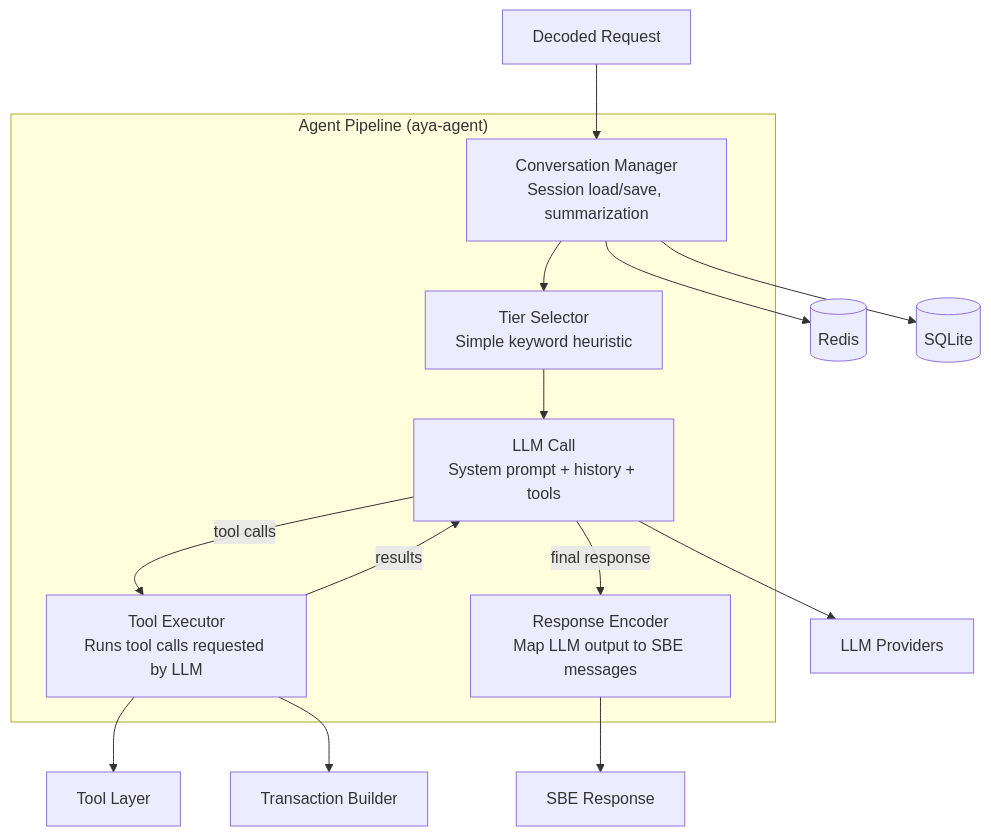
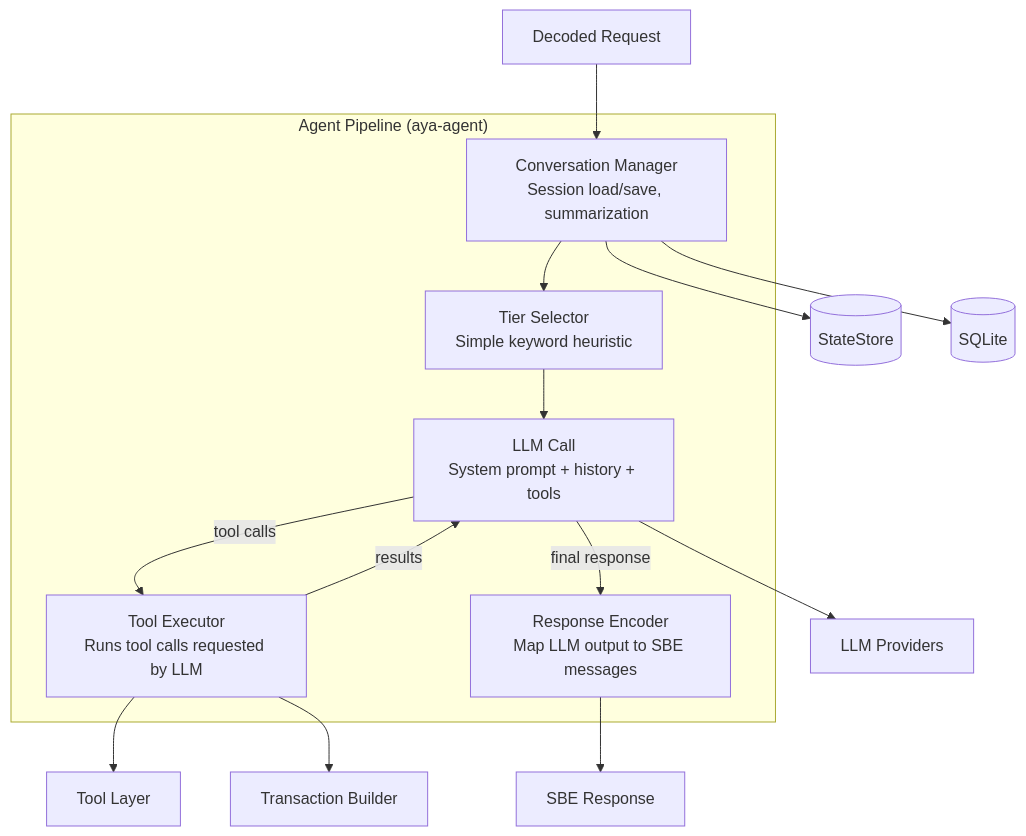
One commit to klodio/aya-mobile-assistant changed the fourth of 14 diagrams in ARCHITECTURE.md. Above: the diagram before and after it, drawn with Mermaid. The commit also changed other lines of this file and 6 other files, not shown here.

````diff
--- a/ARCHITECTURE.md
+++ b/ARCHITECTURE.md
@@ -145,24 +147,24 @@
 ```mermaid
 graph TB
     subgraph "Agent Pipeline (aya-agent)"
         CONVMGR[Conversation Manager<br/>Session load/save, summarization]
         TIERSELECT[Tier Selector<br/>Simple keyword heuristic]
         LLMCALL[LLM Call<br/>System prompt + history + tools]
         EXECUTOR[Tool Executor<br/>Runs tool calls requested by LLM]
         ENCODER[Response Encoder<br/>Map LLM output to SBE messages]
     end
 
     REQUEST[Decoded Request] --> CONVMGR
     CONVMGR --> TIERSELECT
     TIERSELECT --> LLMCALL
     LLMCALL -->|tool calls| EXECUTOR
     EXECUTOR -->|results| LLMCALL
     LLMCALL -->|final response| ENCODER
     ENCODER --> RESPONSE[SBE Response]
 
     EXECUTOR --> TOOLS[Tool Layer]
     EXECUTOR --> TXBUILD[Transaction Builder]
-    CONVMGR --> REDIS[(Redis)]
+    CONVMGR --> STATESTORE[(StateStore)]
     CONVMGR --> SQLITE[(SQLite)]
     LLMCALL --> LLM[LLM Providers]
 ```
````
